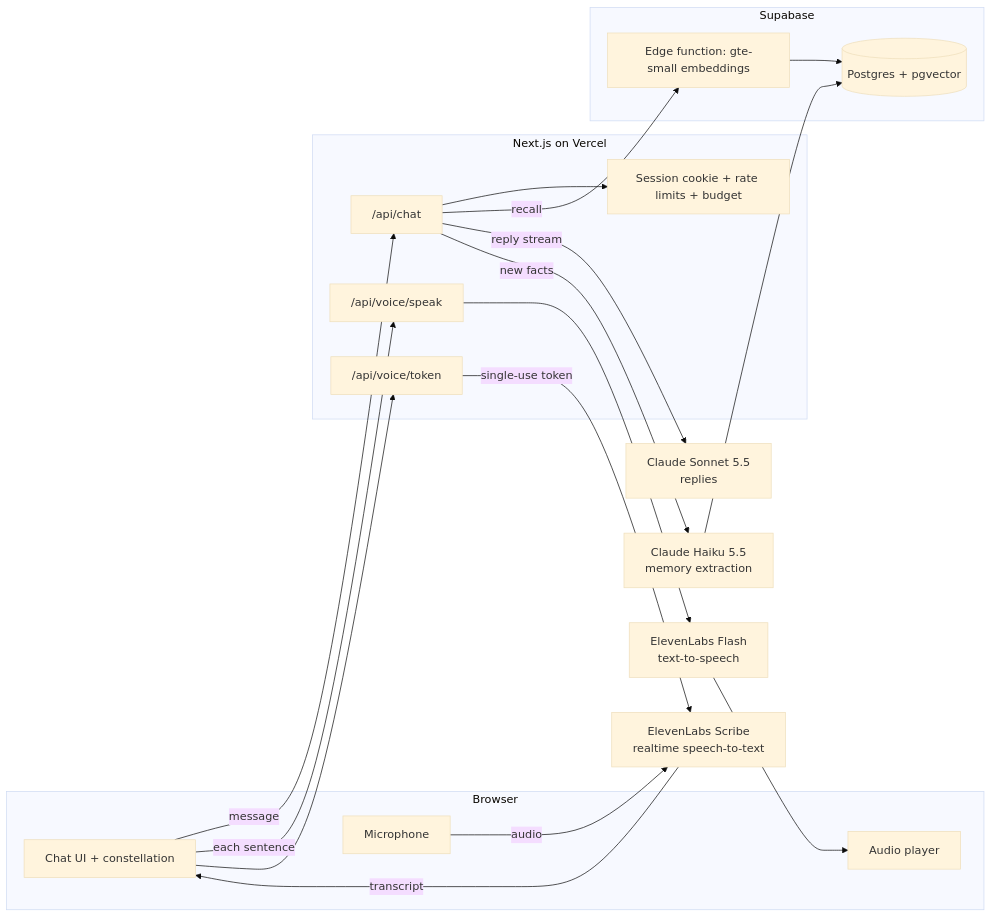
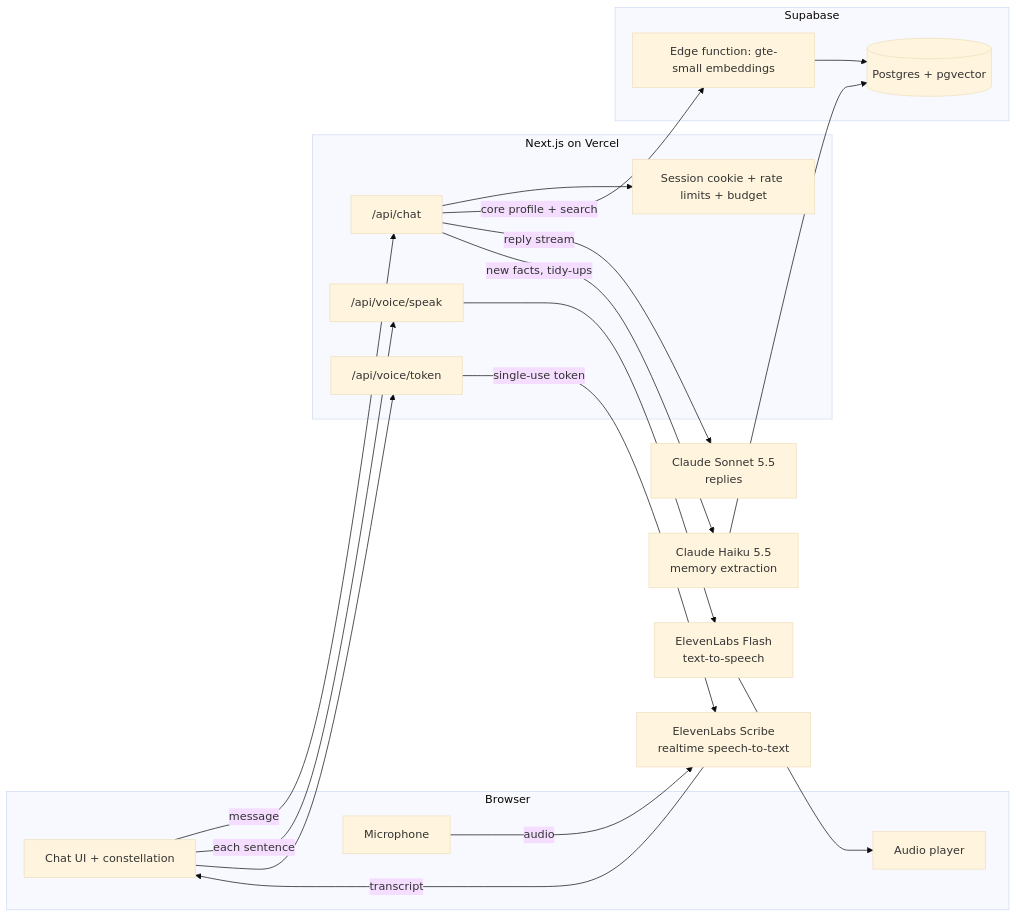
The diagram in README.md (KRUT74/Eternal_Memories), drawn with Mermaid (base theme) before and after one commit. The commit also changed other lines of this file and 19 other files, not shown here.

First line of the commit message:
Memory upgrade: core profile, keyword + meaning search, tidy-ups

````diff
--- a/README.md
+++ b/README.md
@@ -38,31 +38,31 @@
 ```mermaid
 flowchart LR
   subgraph Browser
     UI[Chat UI + constellation]
     Mic[Microphone]
     Player[Audio player]
   end
   subgraph "Next.js on Vercel"
     Chat["/api/chat"]
     Token["/api/voice/token"]
     Speak["/api/voice/speak"]
     Limits[Session cookie + rate limits + budget]
   end
   subgraph Supabase
     PG[(Postgres + pgvector)]
     Embed[Edge function: gte-small embeddings]
   end
   Claude[Claude Sonnet 5.5<br/>replies]
   Haiku[Claude Haiku 5.5<br/>memory extraction]
   Scribe[ElevenLabs Scribe<br/>realtime speech-to-text]
   TTS[ElevenLabs Flash<br/>text-to-speech]
 
   Mic -- audio --> Scribe -- transcript --> UI
   UI -- message --> Chat
   Chat --> Limits
-  Chat -- recall --> Embed --> PG
+  Chat -- core profile + search --> Embed --> PG
   Chat -- reply stream --> Claude
-  Chat -- new facts --> Haiku --> PG
+  Chat -- new facts, tidy-ups --> Haiku --> PG
   UI -- each sentence --> Speak --> TTS --> Player
   UI --> Token -- single-use token --> Scribe
 ```
````
